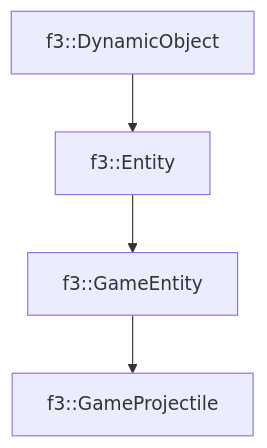
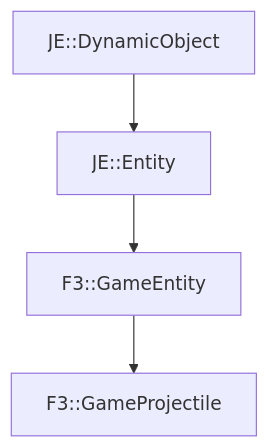
Before and after one commit to OpenJE/openvb: the diagram in docs/f3/GameProjectile.md, drawn with Mermaid. The commit also changed other lines of this file and 1399 other files, not shown here.

````diff
--- a/docs/f3/GameProjectile.md
+++ b/docs/f3/GameProjectile.md
@@ -18,6 +18,6 @@
 ```mermaid
 graph TD;
-    f3::DynamicObject --> f3::Entity
-    f3::Entity --> f3::GameEntity
-    f3::GameEntity --> f3::GameProjectile
+    JE::DynamicObject --> JE::Entity
+    JE::Entity --> F3::GameEntity
+    F3::GameEntity --> F3::GameProjectile
 ```
````
